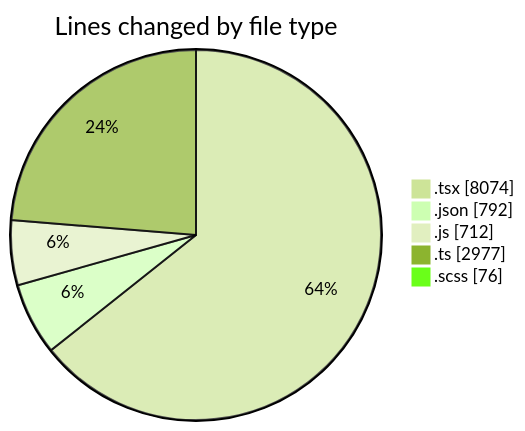
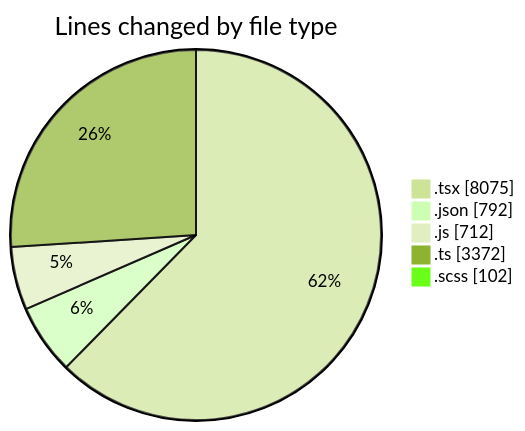
Before and after one commit to momahboobian/code-tracking: the first of 2 diagrams in 2026-08-07/cda/README.md, drawn with Mermaid (forest theme). The commit also changed other lines of this file and 1 other file, not shown here.

````diff
--- a/2026-08-07/cda/README.md
+++ b/2026-08-07/cda/README.md
@@ -35,9 +35,9 @@
 ```mermaid
 pie showData
 title Lines changed by file type
-".tsx" : 8074
+".tsx" : 8075
 ".json" : 792
 ".js" : 712
-".ts" : 2977
-".scss" : 76
+".ts" : 3372
+".scss" : 102
 ```
````
